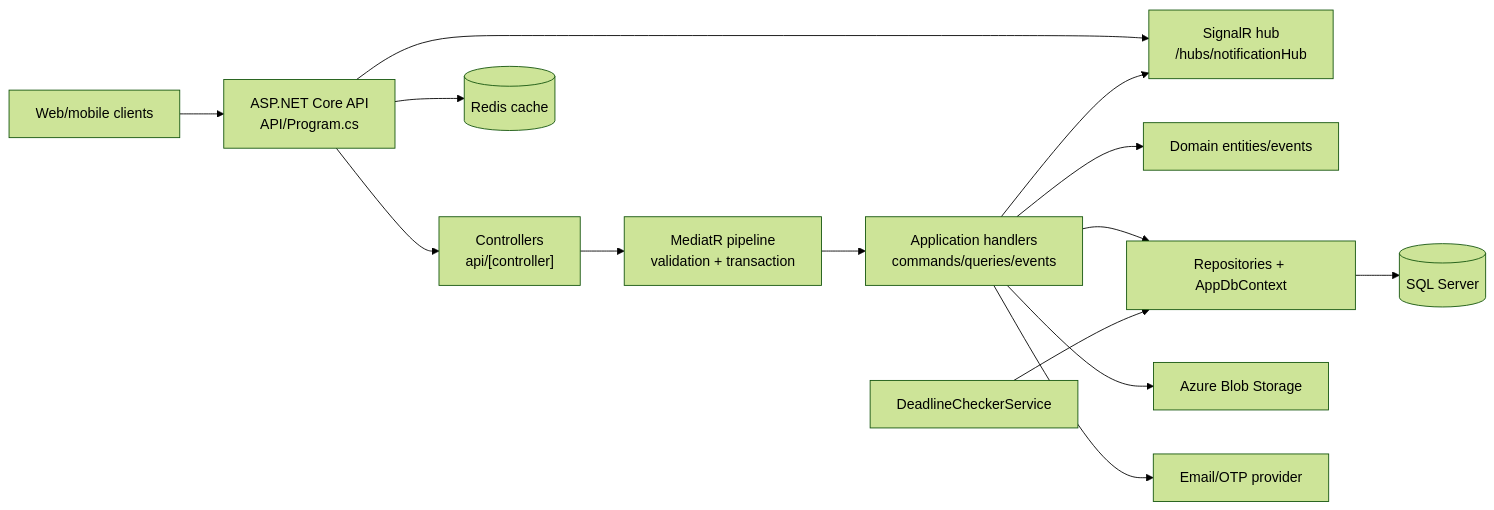
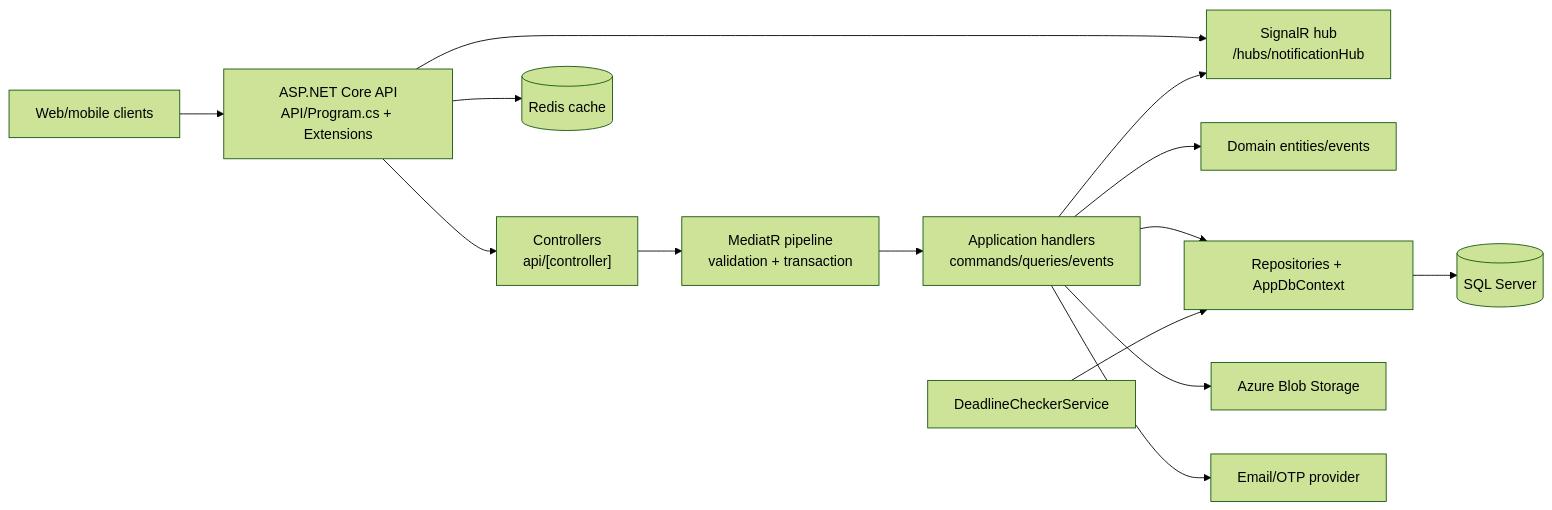
Before and after one commit to hanrytran12/Tcaps: the diagram in docs/system-architecture.md, drawn with Mermaid (forest theme). The commit also changed other lines of this file and 258 other files, not shown here.

First line of the commit message:
refactor: comprehensive 4-layer clean architecture standardization, CQRS adoption, and frontend API sync (#192)

```diff
--- a/docs/system-architecture.md
+++ b/docs/system-architecture.md
@@ -7,16 +7,16 @@
 ~~~mermaid
 flowchart LR
-    Client["Web/mobile clients"] --> Api["ASP.NET Core API\nAPI/Program.cs"]
+    Client["Web/mobile clients"] --> Api["ASP.NET Core API\nAPI/Program.cs + Extensions"]
     Api --> Controllers["Controllers\napi/[controller]"]
     Api --> Hub["SignalR hub\n/hubs/notificationHub"]
     Controllers --> Pipeline["MediatR pipeline\nvalidation + transaction"]
     Pipeline --> App["Application handlers\ncommands/queries/events"]
     App --> Domain["Domain entities/events"]
     App --> Persistence["Repositories + AppDbContext"]
     Persistence --> Sql[("SQL Server")]
     Api --> Redis[("Redis cache")]
     App --> Blob["Azure Blob Storage"]
     App --> Mail["Email/OTP provider"]
     Background["DeadlineCheckerService"] --> Persistence
     App --> Hub
 ~~~
```
